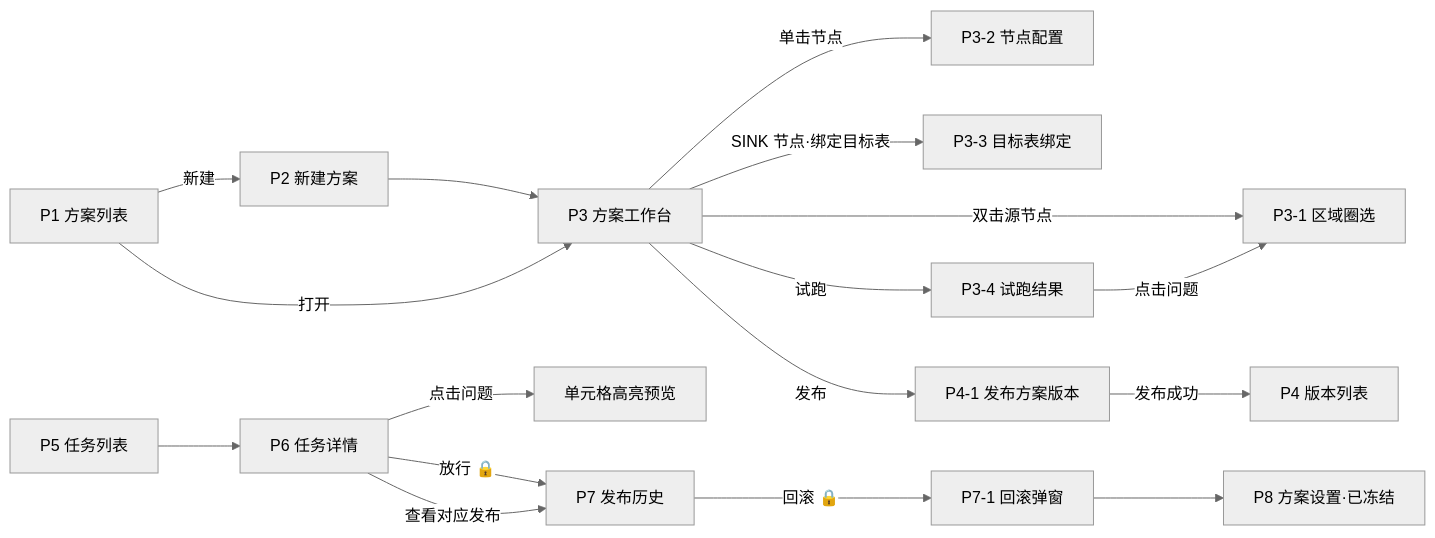
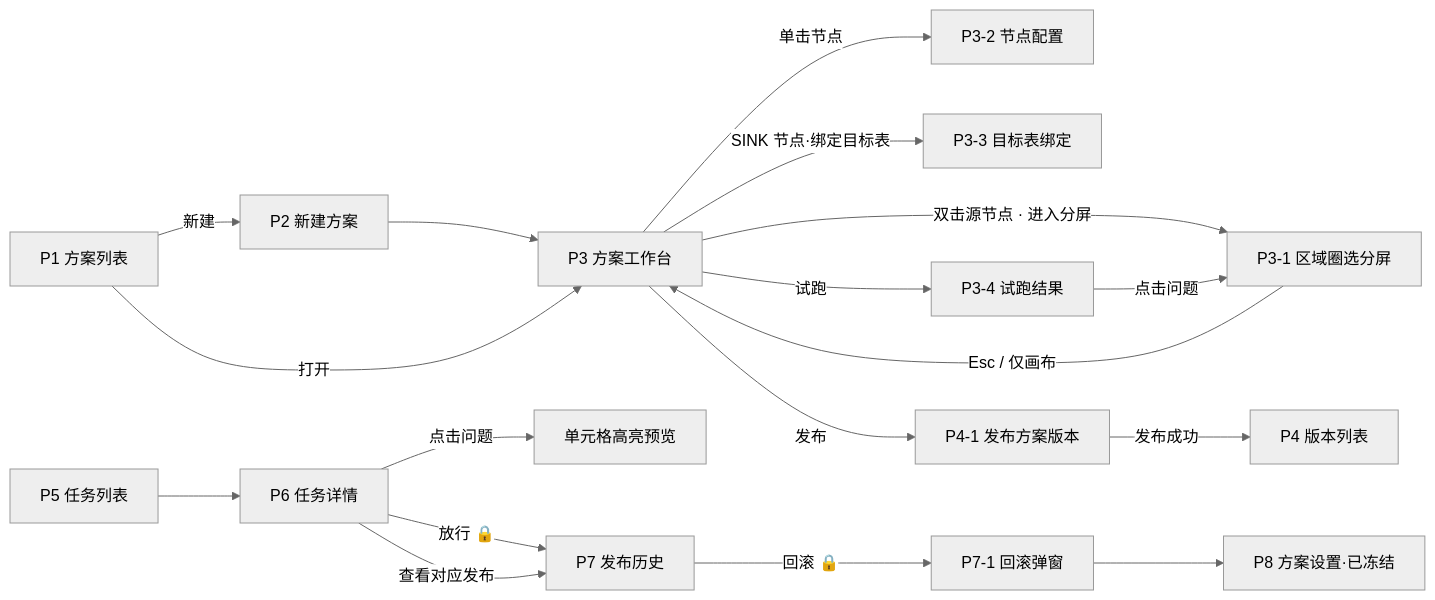
One commit to wuzhendong123/CellFlow changed the diagram in WIREFRAME.md. Above: the diagram before and after it, drawn with Mermaid (neutral theme). The commit also changed other lines of this file and 2 other files, not shown here.

````diff
--- a/WIREFRAME.md
+++ b/WIREFRAME.md
@@ -66,19 +66,20 @@
 ```mermaid
 flowchart LR
   P1[P1 方案列表] -->|新建| P2[P2 新建方案]
   P2 --> P3[P3 方案工作台]
   P1 -->|打开| P3
-  P3 -->|双击源节点| P31[P3-1 区域圈选]
+  P3 -->|双击源节点 · 进入分屏| P31[P3-1 区域圈选分屏]
+  P31 -->|Esc / 仅画布| P3
   P3 -->|单击节点| P32[P3-2 节点配置]
   P3 -->|SINK 节点·绑定目标表| P33[P3-3 目标表绑定]
   P3 -->|试跑| P34[P3-4 试跑结果]
   P34 -->|点击问题| P31
   P3 -->|发布| P41[P4-1 发布方案版本]
   P41 -->|发布成功| P4[P4 版本列表]
   P5[P5 任务列表] --> P6[P6 任务详情]
   P6 -->|点击问题| UV[单元格高亮预览]
   P6 -->|放行 🔒| P7[P7 发布历史]
   P7 -->|回滚 🔒| P71[P7-1 回滚弹窗]
   P71 --> P8[P8 方案设置·已冻结]
   P6 -->|查看对应发布| P7
 ```
````
